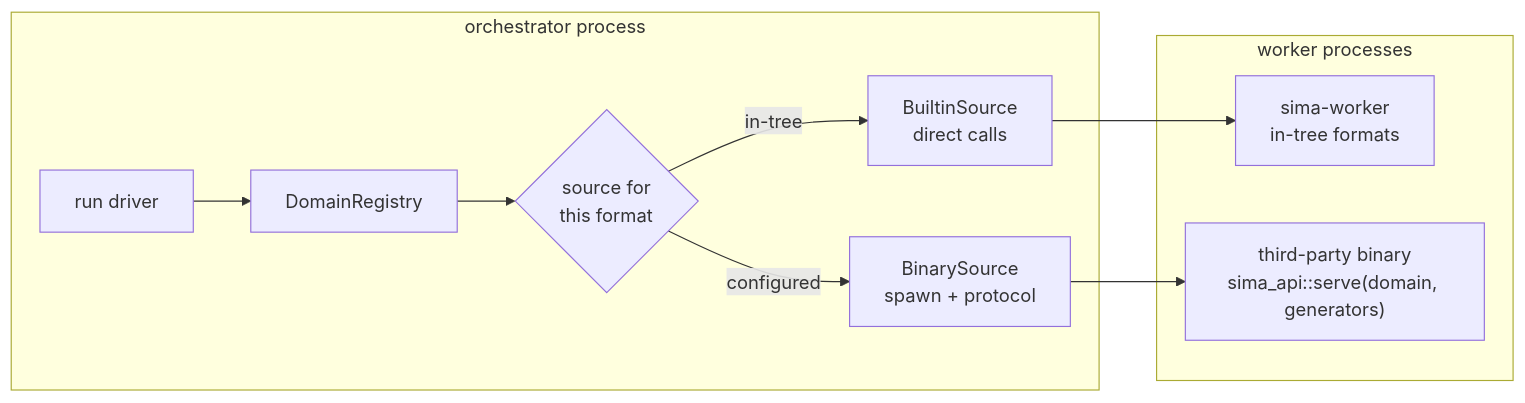
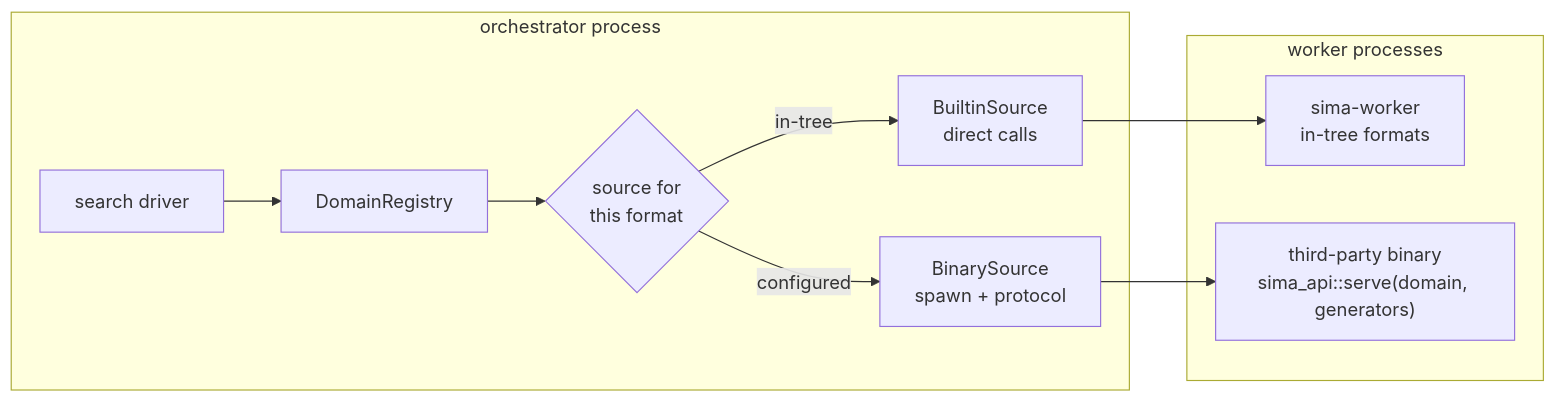
Before and after one commit to alvatar/sima: the second of 3 diagrams in docs/architecture.md, drawn with Mermaid. The commit also changed other lines of this file and 188 other files, not shown here.

````diff
--- a/docs/architecture.md
+++ b/docs/architecture.md
@@ -1056,15 +1064,15 @@
 ```mermaid
 flowchart LR
   subgraph parent["orchestrator process"]
-    RUN["run driver"] --> REG["DomainRegistry"]
+    RUN["search driver"] --> REG["DomainRegistry"]
     REG --> SRC{"source for<br/>this format"}
     SRC -->|in-tree| BI["BuiltinSource<br/>direct calls"]
     SRC -->|configured| BN["BinarySource<br/>spawn + protocol"]
   end
   subgraph child["worker processes"]
     W1["sima-worker<br/>in-tree formats"]
     W2["third-party binary<br/>sima_api::serve(domain, generators)"]
   end
   BI --> W1
   BN --> W2
 ```
````
